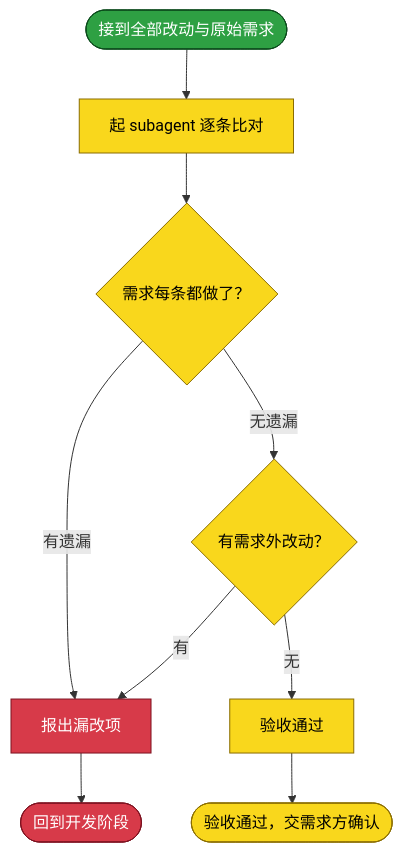
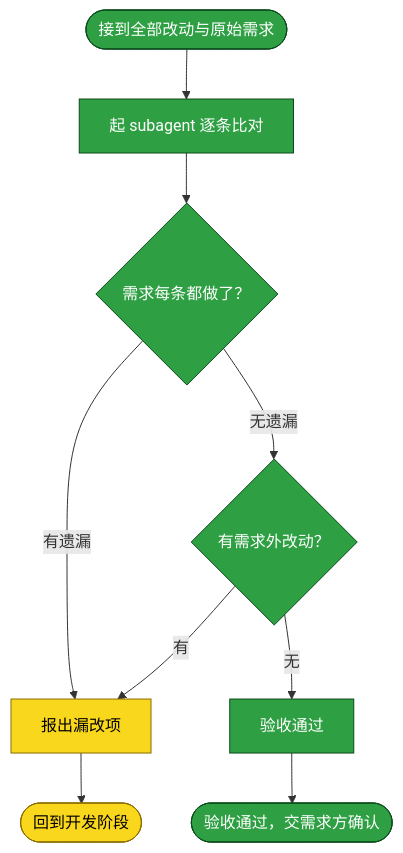
Before and after one commit to yunjies/knowledge-base: the fifth of 5 diagrams in assets/inbox/req.knowledge-base.assets-branch-split.20261009-133633.md, drawn with Mermaid. The commit also changed other lines of this file, not shown here.

````diff
--- a/assets/inbox/req.knowledge-base.assets-branch-split.20261009-133633.md
+++ b/assets/inbox/req.knowledge-base.assets-branch-split.20261009-133633.md
@@ -542,18 +543,18 @@
 ```mermaid
 flowchart TB
   C_IN(["接到全部改动与原始需求"]) --> C_AGENT["起 subagent 逐条比对"]
   C_AGENT --> C_COVER{"需求每条都做了？"}
   C_COVER -->|"有遗漏"| C_BACK["报出漏改项"]
   C_COVER -->|"无遗漏"| C_EXTRA{"有需求外改动？"}
   C_EXTRA -->|"有"| C_BACK
   C_EXTRA -->|"无"| C_PASS["验收通过"]
   C_BACK --> C_OUT(["回到开发阶段"])
   C_PASS --> C_ACCEPT_OUT(["验收通过，交需求方确认"])
 
   classDef todo fill:#f9d71c,stroke:#8a6d00,color:#000
   classDef done fill:#2ea043,stroke:#0b4a1b,color:#fff
   classDef stuck fill:#d73a49,stroke:#7d1220,color:#fff
   class C_IN done
-  class C_AGENT,C_COVER,C_EXTRA,C_PASS,C_ACCEPT_OUT todo
-  class C_BACK,C_OUT stuck
+  class C_AGENT,C_COVER,C_EXTRA,C_PASS,C_ACCEPT_OUT done
+  class C_BACK,C_OUT todo
 ```
````
